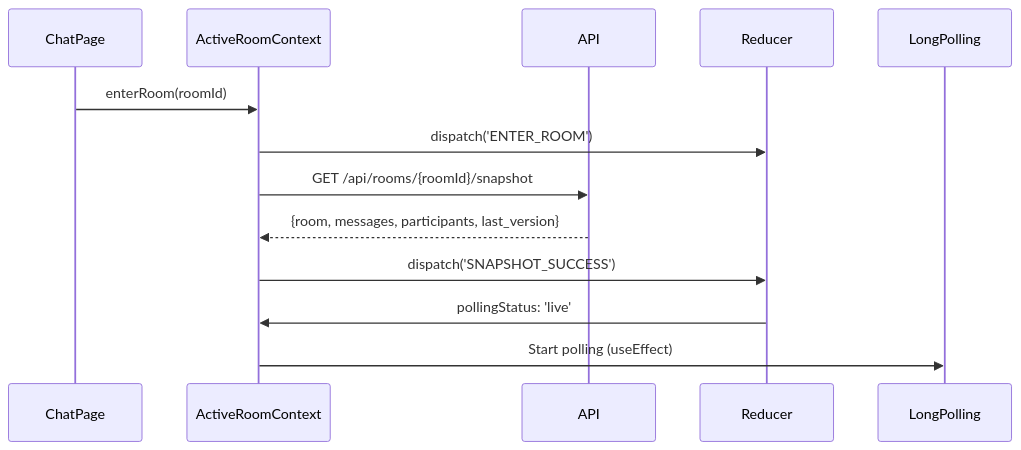
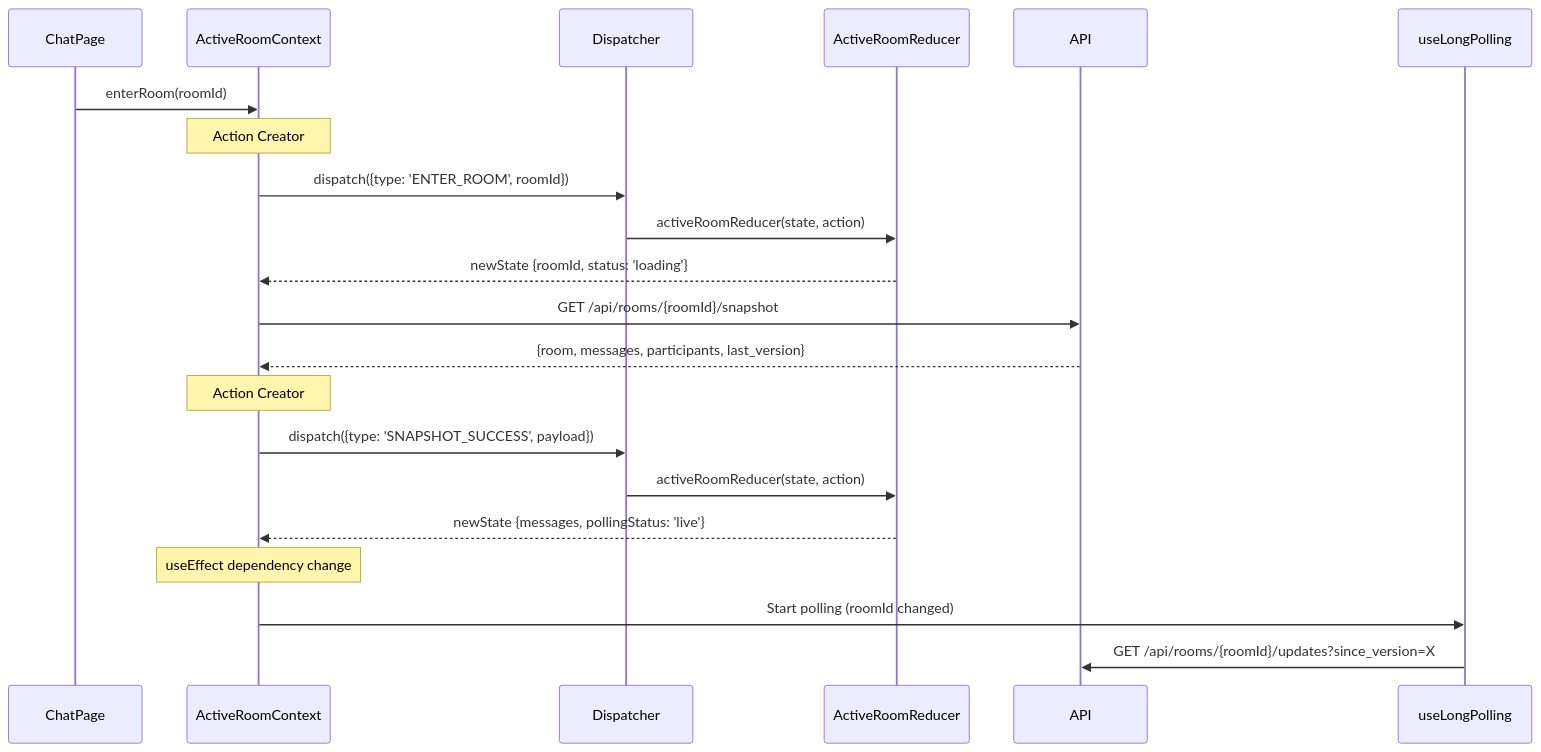
Before and after one commit to dasanworld/ChatService: the second of 5 diagrams in docs/pages/chat-room/state-management.md, drawn with Mermaid. The commit also changed other lines of this file and 4 other files, not shown here.

Commit message:
docs: Update state management documentation for Chat Room, Dashboard, Invite, Login, and Signup pages with Flux architecture and flow diagrams

````diff
--- a/docs/pages/chat-room/state-management.md
+++ b/docs/pages/chat-room/state-management.md
@@ -607,19 +675,28 @@
 ```mermaid
 sequenceDiagram
     participant ChatPage
     participant ActiveRoomContext
+    participant Dispatcher
+    participant ActiveRoomReducer
     participant API
-    participant Reducer
-    participant LongPolling
+    participant useLongPolling
     
     ChatPage->>ActiveRoomContext: enterRoom(roomId)
-    ActiveRoomContext->>Reducer: dispatch('ENTER_ROOM')
+    
+    Note over ActiveRoomContext: Action Creator
+    ActiveRoomContext->>Dispatcher: dispatch({type: 'ENTER_ROOM', roomId})
+    Dispatcher->>ActiveRoomReducer: activeRoomReducer(state, action)
+    ActiveRoomReducer-->>ActiveRoomContext: newState {roomId, status: 'loading'}
     
     ActiveRoomContext->>API: GET /api/rooms/{roomId}/snapshot
     API-->>ActiveRoomContext: {room, messages, participants, last_version}
     
-    ActiveRoomContext->>Reducer: dispatch('SNAPSHOT_SUCCESS')
-    Reducer->>ActiveRoomContext: pollingStatus: 'live'
+    Note over ActiveRoomContext: Action Creator
+    ActiveRoomContext->>Dispatcher: dispatch({type: 'SNAPSHOT_SUCCESS', payload})
+    Dispatcher->>ActiveRoomReducer: activeRoomReducer(state, action)
+    ActiveRoomReducer-->>ActiveRoomContext: newState {messages, pollingStatus: 'live'}
     
-    ActiveRoomContext->>LongPolling: Start polling (useEffect)
+    Note over ActiveRoomContext: useEffect dependency change
+    ActiveRoomContext->>useLongPolling: Start polling (roomId changed)
+    useLongPolling->>API: GET /api/rooms/{roomId}/updates?since_version=X
 ```
````
